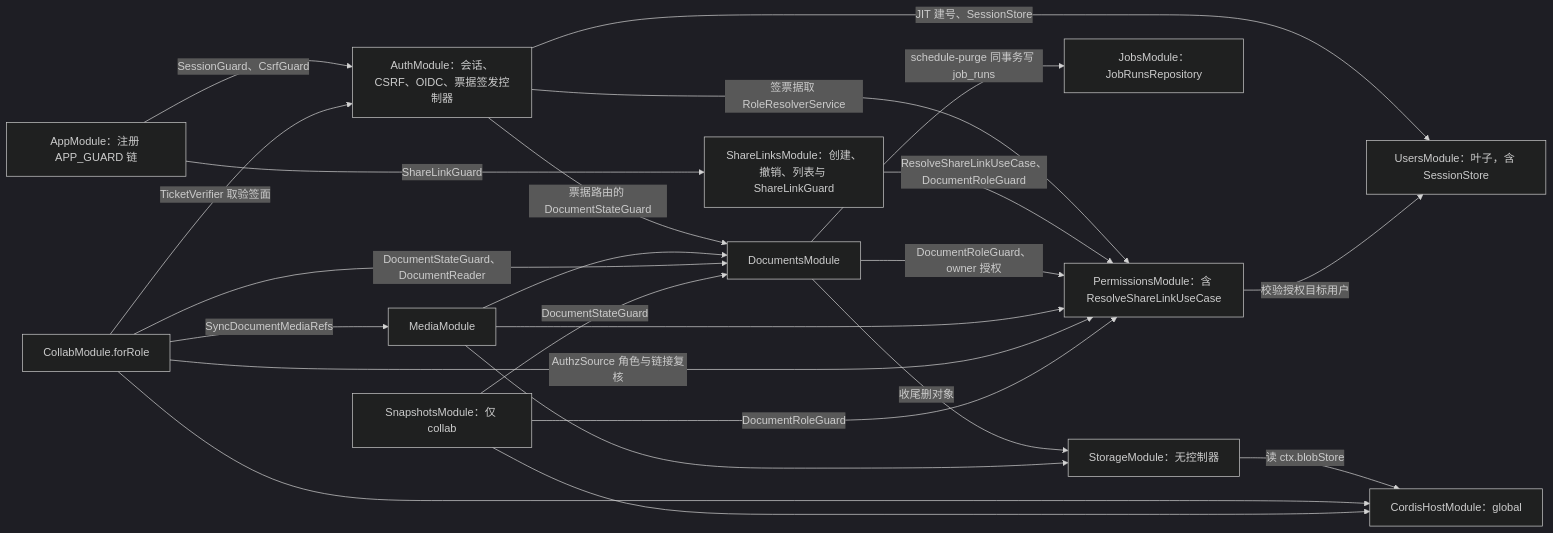
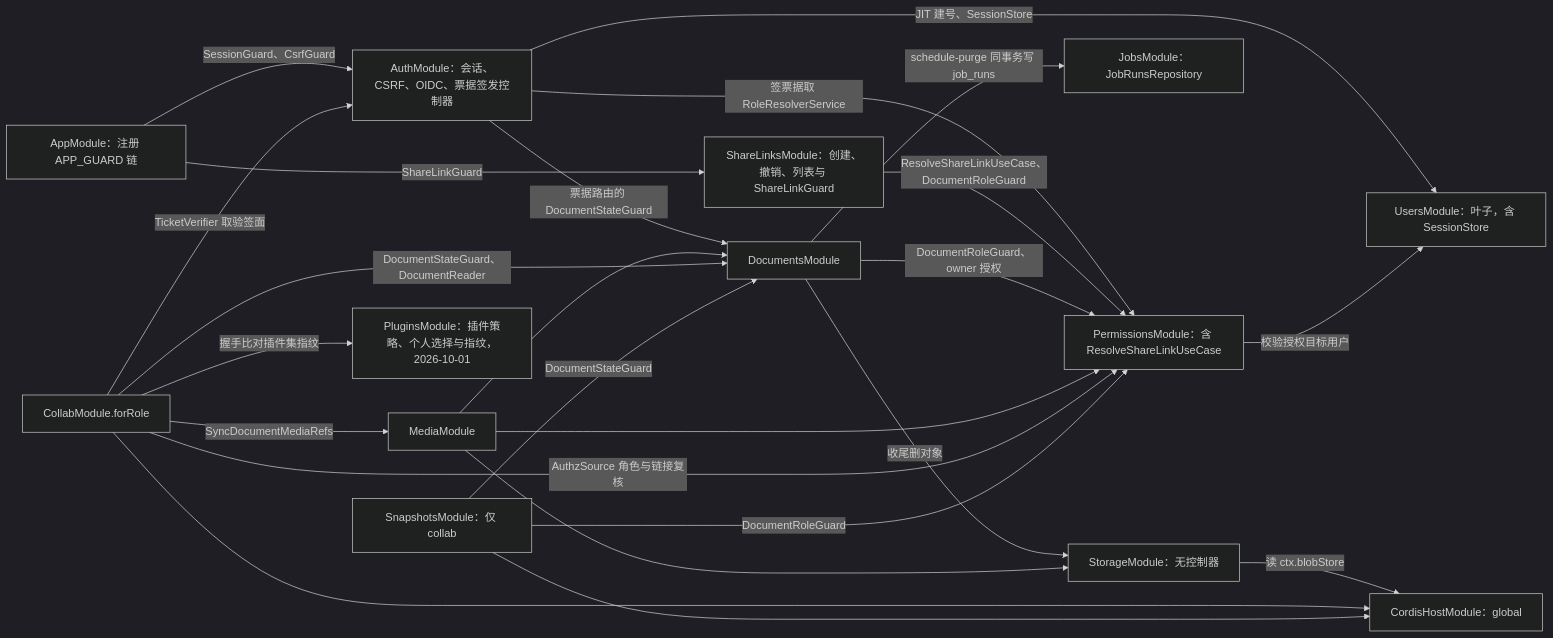
Diagram 12 of 15 in docs/60-backend/01-service-overview-and-roles.md (Xeonice/cordis-ppt-editor), drawn with Mermaid (dark theme) before and after one commit. The commit also changed other lines of this file and 19 other files, not shown here.

````diff
--- a/docs/60-backend/01-service-overview-and-roles.md
+++ b/docs/60-backend/01-service-overview-and-roles.md
@@ -672,35 +674,37 @@
 ```mermaid
 flowchart LR
   appModule["AppModule：注册 APP_GUARD 链"]
   auth["AuthModule：会话、CSRF、OIDC、票据签发控制器"]
   users["UsersModule：叶子，含 SessionStore"]
   permissions["PermissionsModule：含 ResolveShareLinkUseCase"]
   shareLinks["ShareLinksModule：创建、撤销、列表与 ShareLinkGuard"]
   documents["DocumentsModule"]
   jobs["JobsModule：JobRunsRepository"]
   storage["StorageModule：无控制器"]
   media["MediaModule"]
   collab["CollabModule.forRole"]
   snapshots["SnapshotsModule：仅 collab"]
   cordisHost["CordisHostModule：global"]
+  plugins["PluginsModule：插件策略、个人选择与指纹，2026-10-01"]
   appModule -- "SessionGuard、CsrfGuard" --> auth
   appModule -- "ShareLinkGuard" --> shareLinks
   auth -- "JIT 建号、SessionStore" --> users
   auth -- "签票据取 RoleResolverService" --> permissions
   auth -- "票据路由的 DocumentStateGuard" --> documents
   permissions -- "校验授权目标用户" --> users
   shareLinks -- "ResolveShareLinkUseCase、DocumentRoleGuard" --> permissions
   documents -- "DocumentRoleGuard、owner 授权" --> permissions
   documents -- "schedule-purge 同事务写 job_runs" --> jobs
   documents -- "收尾删对象" --> storage
   media --> storage & documents & permissions
   storage -- "读 ctx.blobStore" --> cordisHost
   collab -- "TicketVerifier 取验签面" --> auth
+  collab -- "握手比对插件集指纹" --> plugins
   collab -- "AuthzSource 角色与链接复核" --> permissions
   collab -- "DocumentStateGuard、DocumentReader" --> documents
   collab -- "SyncDocumentMediaRefs" --> media
   collab --> cordisHost
   snapshots -- "DocumentRoleGuard" --> permissions
   snapshots -- "DocumentStateGuard" --> documents
   snapshots --> cordisHost
 ```
````
